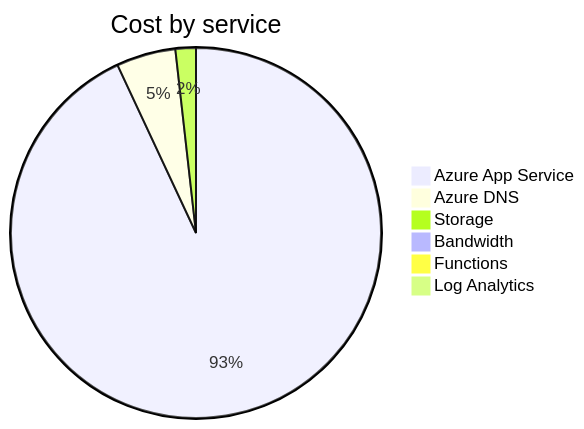
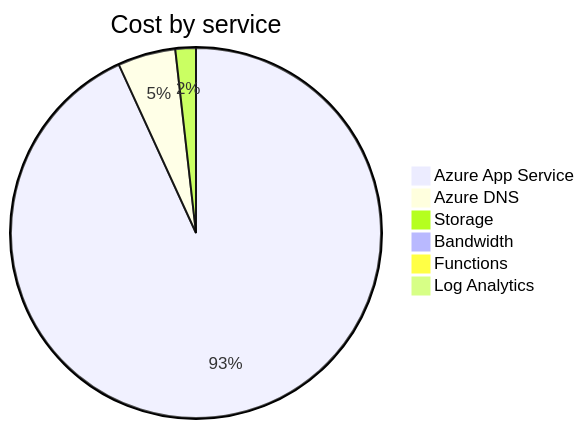
One commit to jpfulton/azure-personal-reports changed the second of 4 diagrams in cost-reports/accumulated-cost.md. Above: the diagram before and after it, drawn with Mermaid. The commit also changed other lines of this file and 4 other files, not shown here.

````diff
--- a/cost-reports/accumulated-cost.md
+++ b/cost-reports/accumulated-cost.md
@@ -100,10 +100,10 @@
 ```mermaid
 pie
    title Cost by service
-   "Azure App Service" : 10.43
-   "Azure DNS" : 0.58
-   "Storage" : 0.20
+   "Azure App Service" : 11.44
+   "Azure DNS" : 0.62
+   "Storage" : 0.22
    "Bandwidth" : 0.00
    "Functions" : 0.00
    "Log Analytics" : 0.00
 ```
````
